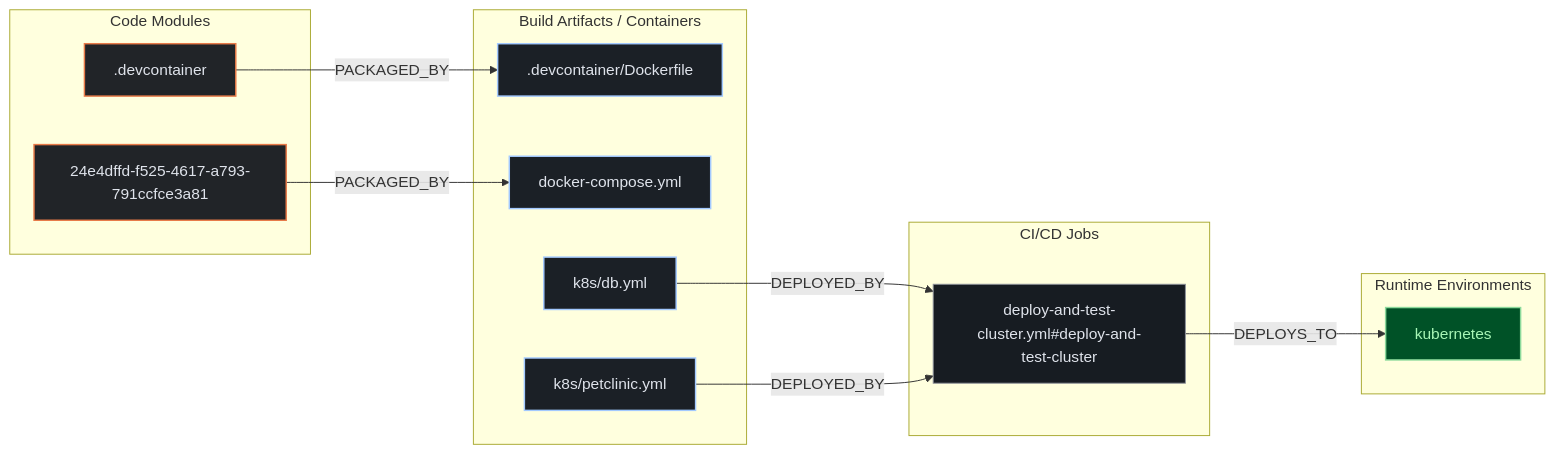
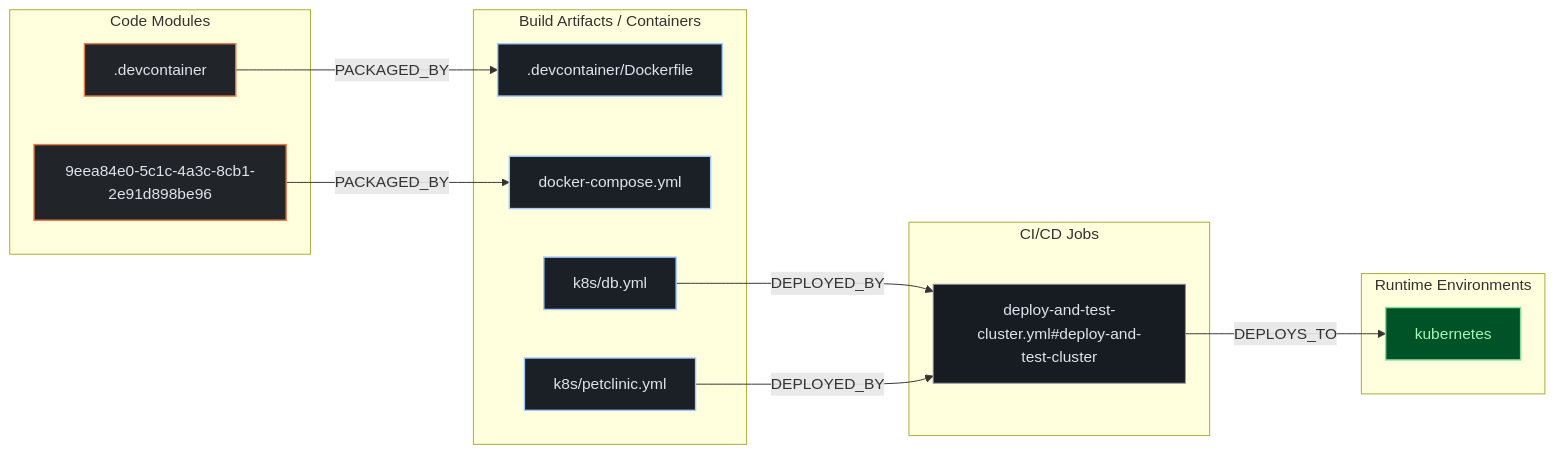
The second of 3 diagrams in exports/latest/reports/spring-projects-spring-petclinic-report.md (kumarshaz/atruss-code-atlas), drawn with Mermaid before and after one commit. The commit also changed other lines of this file and 27 other files, not shown here.

````diff
--- a/exports/latest/reports/spring-projects-spring-petclinic-report.md
+++ b/exports/latest/reports/spring-projects-spring-petclinic-report.md
@@ -210,29 +210,29 @@
 ```mermaid
 flowchart LR
     %% title: Code-to-Cloud Deployment Traceability
     classDef atlasCategory fill:#212428,stroke:#E87A48,stroke-width:1.5px,color:#dfe3eb
     classDef atlasWorkflow fill:#1b2026,stroke:#a3c9ff,stroke-width:1.5px,color:#dfe3eb
     classDef atlasJob fill:#171c22,stroke:#8d9199,stroke-width:1px,color:#dfe3eb
     classDef atlasTarget fill:#005227,stroke:#8bd99b,stroke-width:1.5px,color:#a7f6b6
     subgraph code_modules["Code Modules"]
         mod__devcontainer[".devcontainer"]:::atlasCategory
-        mod_24e4dffd_f525_4617_a793_791ccfce3a81["24e4dffd-f525-4617-a793-791ccfce3a81"]:::atlasCategory
+        mod_9eea84e0_5c1c_4a3c_8cb1_2e91d898be96["9eea84e0-5c1c-4a3c-8cb1-2e91d898be96"]:::atlasCategory
     end
     subgraph build_artifacts["Build Artifacts / Containers"]
         art__devcontainer_Dockerfile[".devcontainer/Dockerfile"]:::atlasWorkflow
         art_docker_compose_yml["docker-compose.yml"]:::atlasWorkflow
         art_k8s_db_yml["k8s/db.yml"]:::atlasWorkflow
         art_k8s_petclinic_yml["k8s/petclinic.yml"]:::atlasWorkflow
     end
     subgraph ci_jobs["CI/CD Jobs"]
         job_deploy_and_test_cluster_yml_deploy_and_test_cluster["deploy-and-test-cluster.yml#deploy-and-test-cluster"]:::atlasJob
     end
     subgraph runtime_envs["Runtime Environments"]
         env_kubernetes["kubernetes"]:::atlasTarget
     end
     job_deploy_and_test_cluster_yml_deploy_and_test_cluster -->|DEPLOYS_TO| env_kubernetes
     mod__devcontainer -->|PACKAGED_BY| art__devcontainer_Dockerfile
-    mod_24e4dffd_f525_4617_a793_791ccfce3a81 -->|PACKAGED_BY| art_docker_compose_yml
+    mod_9eea84e0_5c1c_4a3c_8cb1_2e91d898be96 -->|PACKAGED_BY| art_docker_compose_yml
     art_k8s_db_yml -->|DEPLOYED_BY| job_deploy_and_test_cluster_yml_deploy_and_test_cluster
     art_k8s_petclinic_yml -->|DEPLOYED_BY| job_deploy_and_test_cluster_yml_deploy_and_test_cluster
 ```
````
